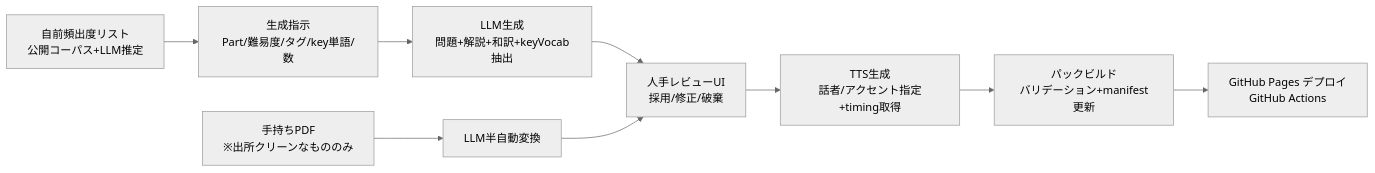
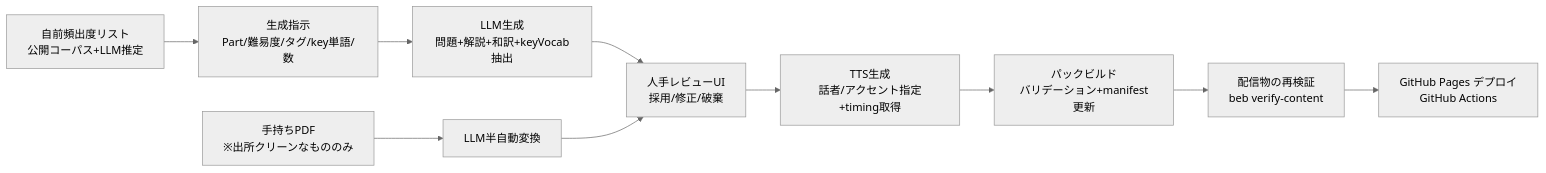
The diagram in docs/04_データ設計.md (war-lab/BEB-Raid), drawn with Mermaid (neutral theme) before and after one commit. The commit also changed other lines of this file and 7 other files, not shown here.

First line of the commit message:
Feat: T-234 配信物の再検証をCIゲート化（beb verify-content）

````diff
--- a/docs/04_データ設計.md
+++ b/docs/04_データ設計.md
@@ -131,10 +131,11 @@
 ```mermaid
 flowchart LR
     FREQ[自前頻出度リスト<br>公開コーパス+LLM推定] --> SPEC[生成指示<br>Part/難易度/タグ/key単語/数]
     SPEC --> LLM[LLM生成<br>問題+解説+和訳+keyVocab抽出]
     LLM --> REVIEW[人手レビューUI<br>採用/修正/破棄]
     REVIEW --> TTS[TTS生成<br>話者/アクセント指定+timing取得]
     TTS --> BUILD[パックビルド<br>バリデーション+manifest更新]
-    BUILD --> DEPLOY[GitHub Pages デプロイ<br>GitHub Actions]
+    BUILD --> VERIFY[配信物の再検証<br>beb verify-content]
+    VERIFY --> DEPLOY[GitHub Pages デプロイ<br>GitHub Actions]
     PDF[手持ちPDF<br>※出所クリーンなもののみ] --> EXTRACT[LLM半自動変換] --> REVIEW
 ```
````
